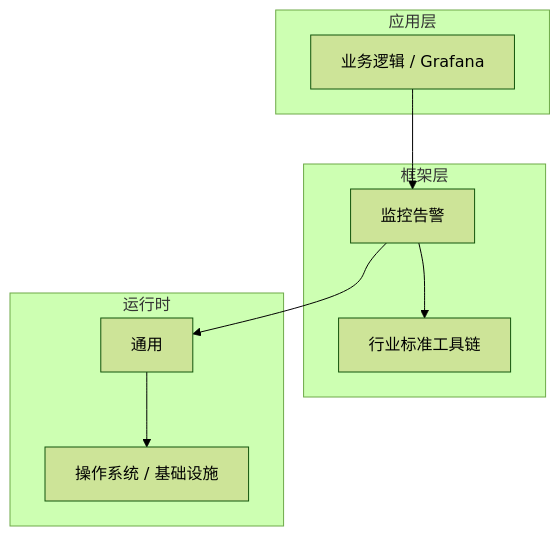
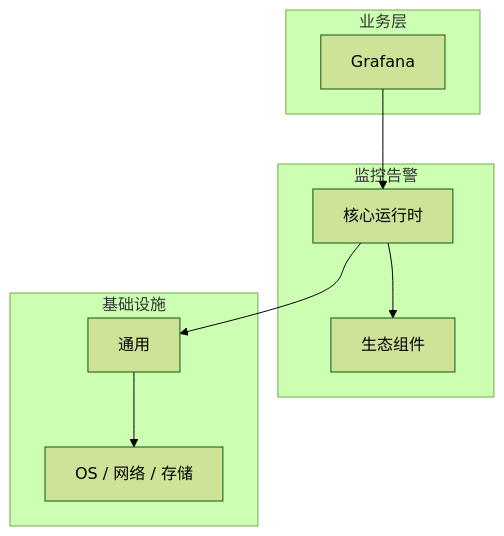
One commit to yanggan2015/knowledge-json-v2 changed the diagram in articles/监控告警/chapters/031-Grafana核心概念与原理.md. Above: the diagram before and after it, drawn with Mermaid (forest theme). The commit also changed other lines of this file and 10127 other files, not shown here.

````diff
--- a/articles/监控告警/chapters/031-Grafana核心概念与原理.md
+++ b/articles/监控告警/chapters/031-Grafana核心概念与原理.md
@@ -45,18 +34,18 @@
 ```mermaid
 graph TB
-    subgraph 应用层
-        A[业务逻辑 / Grafana]
+    subgraph 业务层
+        A[Grafana]
     end
-    subgraph 框架层
-        B[监控告警]
-        C[行业标准工具链]
+    subgraph 监控告警
+        B[核心运行时]
+        C[生态组件]
     end
-    subgraph 运行时
+    subgraph 基础设施
         D[通用]
-        E[操作系统 / 基础设施]
+        E[OS / 网络 / 存储]
     end
     A --> B
     B --> C
     B --> D
     D --> E
 ```
````
